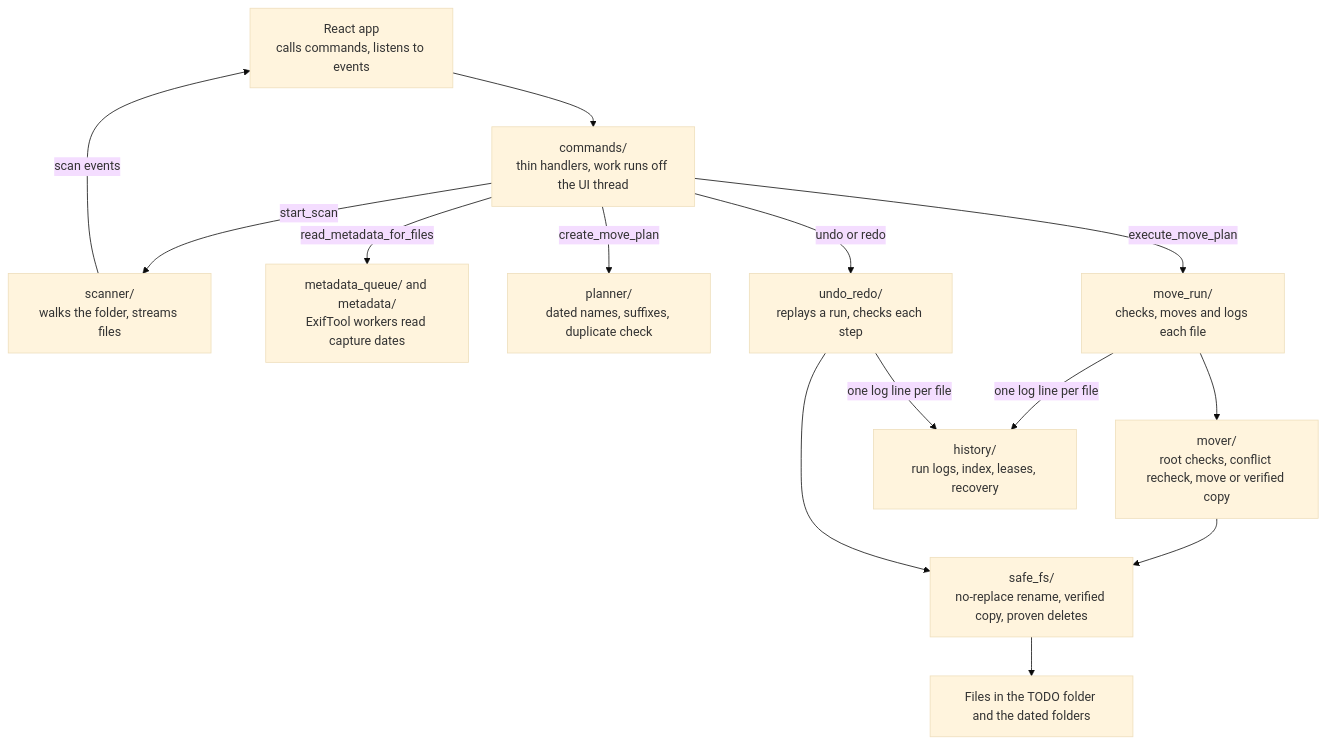
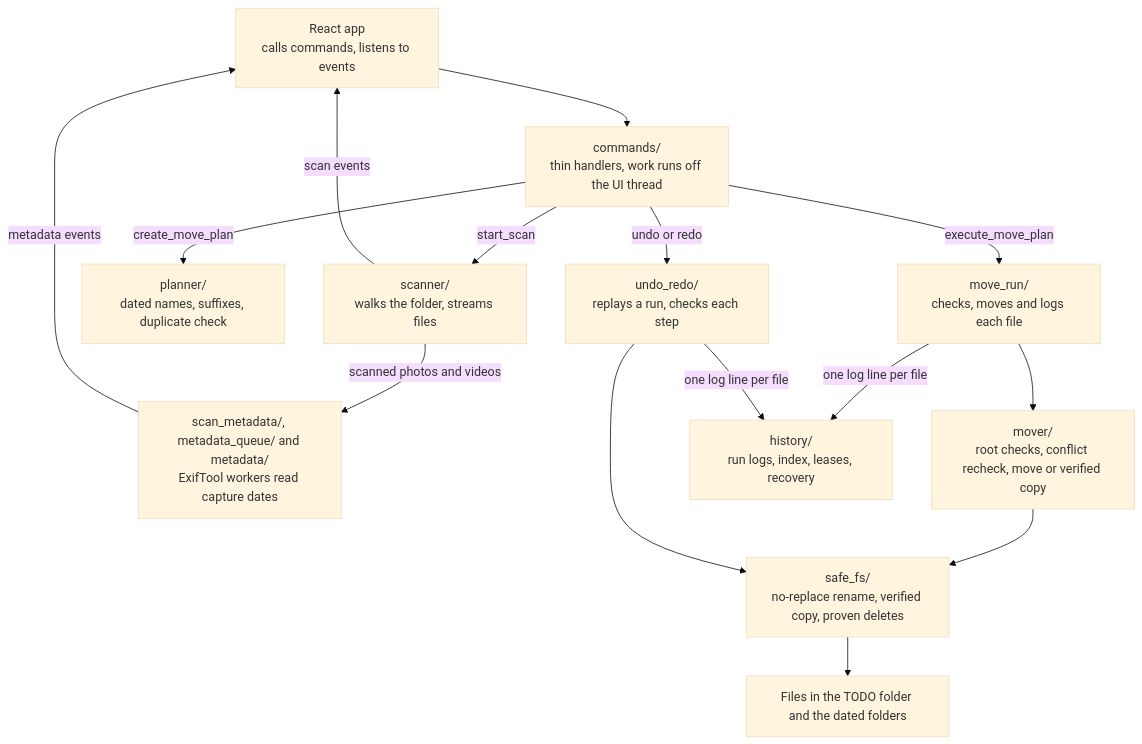
One commit to oleg-chibikov/media-organizer changed the second of 2 diagrams in src-tauri/README.md. Above: the diagram before and after it, drawn with Mermaid (base theme). The commit also changed other lines of this file and 45 other files, not shown here.

First line of the commit message:
feat: read capture dates in Rust while the scan runs

````diff
--- a/src-tauri/README.md
+++ b/src-tauri/README.md
@@ -55,15 +55,16 @@
 ```mermaid
 flowchart TD
   ui["React app<br/>calls commands, listens to events"] --> cmd
   cmd["commands/<br/>thin handlers, work runs off the UI thread"] -->|start_scan| scan
   scan["scanner/<br/>walks the folder, streams files"] -->|scan events| ui
-  cmd -->|read_metadata_for_files| meta["metadata_queue/ and metadata/<br/>ExifTool workers read capture dates"]
+  scan -->|scanned photos and videos| meta["scan_metadata/, metadata_queue/ and metadata/<br/>ExifTool workers read capture dates"]
+  meta -->|metadata events| ui
   cmd -->|create_move_plan| plan["planner/<br/>dated names, suffixes, duplicate check"]
   cmd -->|execute_move_plan| run["move_run/<br/>checks, moves and logs each file"]
   run --> mover["mover/<br/>root checks, conflict recheck, move or verified copy"]
   cmd -->|undo or redo| replay["undo_redo/<br/>replays a run, checks each step"]
   mover --> safe["safe_fs/<br/>no-replace rename, verified copy, proven deletes"]
   replay --> safe
   run & replay -->|one log line per file| hist["history/<br/>run logs, index, leases, recovery"]
   safe --> disk["Files in the TODO folder and the dated folders"]
 ```
````
